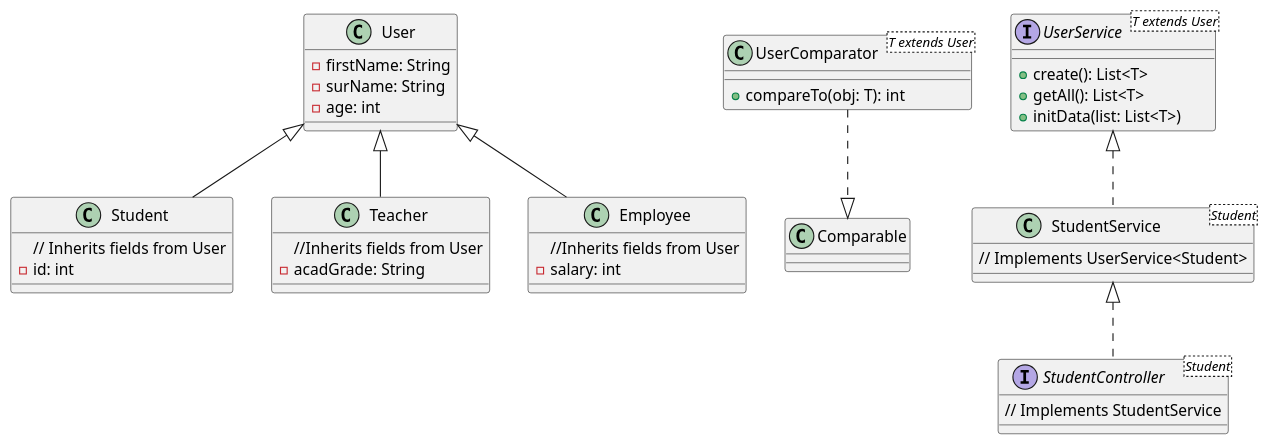
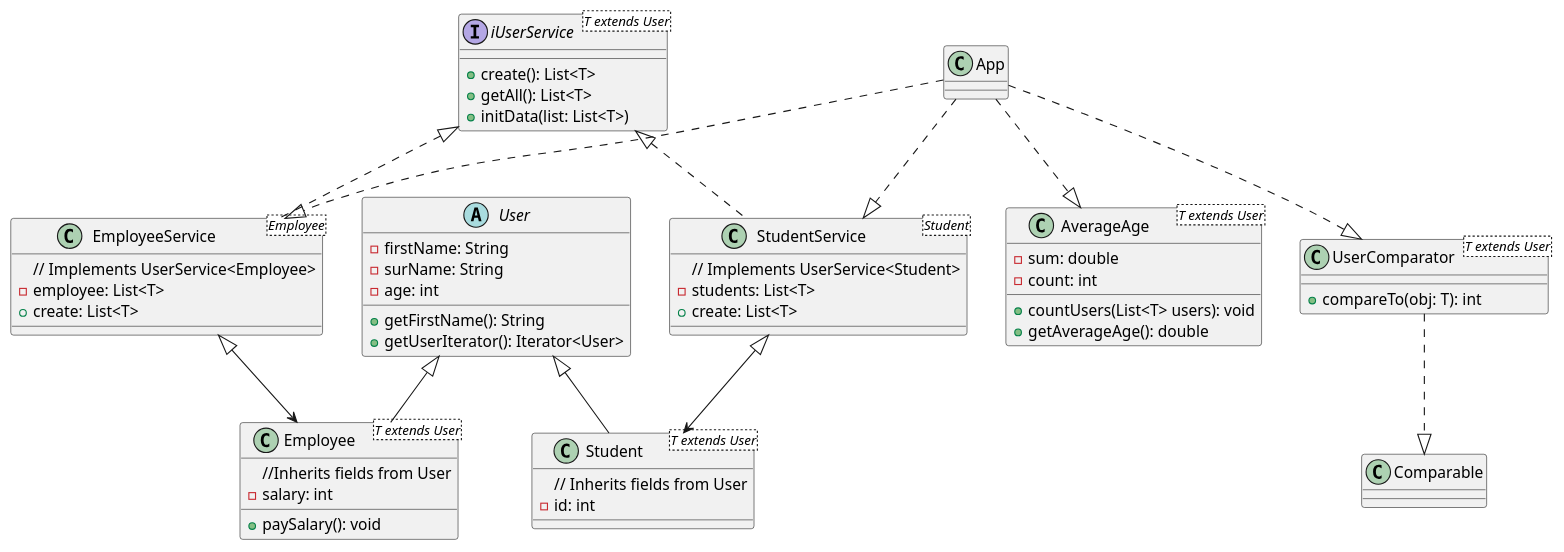
One commit to zzergAtStage/GB_OOP_3925 changed the diagram in src/main/java/oop/seminars/s04/studentapp/StudentApp.puml. Above: the diagram before and after it, drawn with PlantUML. The commit also changed 2 other files, not shown here.

Commit message:
S04 homework with asterisk + PlantUML diagram

```diff
--- a/src/main/java/oop/seminars/s04/studentapp/StudentApp.puml
+++ b/src/main/java/oop/seminars/s04/studentapp/StudentApp.puml
@@ -1,45 +1,66 @@
 @startuml
 
-class User {
+
+
+interface iUserService<T extends User> {
+    + create(): List<T>
+    + getAll(): List<T>
+    + initData(list: List<T>)
+
+}
+
+abstract class User {
     - firstName: String
     - surName: String
     - age: int
-}
-
-class Student {
-    // Inherits fields from User
-    -id: int
-}
-class Teacher {
-    //Inherits fields from User
-    -acadGrade: String
-}
-class Employee {
-    //Inherits fields from User
-    - salary: int
+    +getFirstName(): String
+    +getUserIterator(): Iterator<User>
 }
 class UserComparator<T extends User> {
     + compareTo(obj: T): int
 }
 
-interface UserService<T extends User> {
-    + create(): List<T>
-    + getAll(): List<T>
-    + initData(list: List<T>)
+
+class Student<T extends User> {
+    // Inherits fields from User
+    -id: int
 }
 
+class Employee<T extends User>{
+    //Inherits fields from User
+    - salary: int
+    + paySalary(): void
+}
+class App {
+
+}
 class StudentService<Student> {
     // Implements UserService<Student>
+    - students: List<T>
+    + create: List<T>
+}
+class EmployeeService<Employee> {
+    // Implements UserService<Employee>
+    - employee: List<T>
+    + create: List<T>
+}
+class AverageAge<T extends User> {
+    - sum: double
+    - count: int
+    +countUsers(List<T> users): void
+    +getAverageAge(): double
 }
 
-interface StudentController<Student>{
-    // Implements StudentService
-}
+StudentService <|--> Student
+EmployeeService <|--> Employee
+User <|-- Student
+User <|-- Employee
+App ..|> StudentService
+App ..|> EmployeeService
+App ..|> UserComparator
+App ..|> AverageAge
+UserComparator ..|> Comparable
+iUserService <|.. StudentService
+iUserService <|.. EmployeeService
 
-User <|-- Student
-User <|-- Teacher
-User <|-- Employee
-UserComparator ..|> Comparable
-UserService <|.. StudentService
-StudentService <|.. StudentController
 @enduml
```
